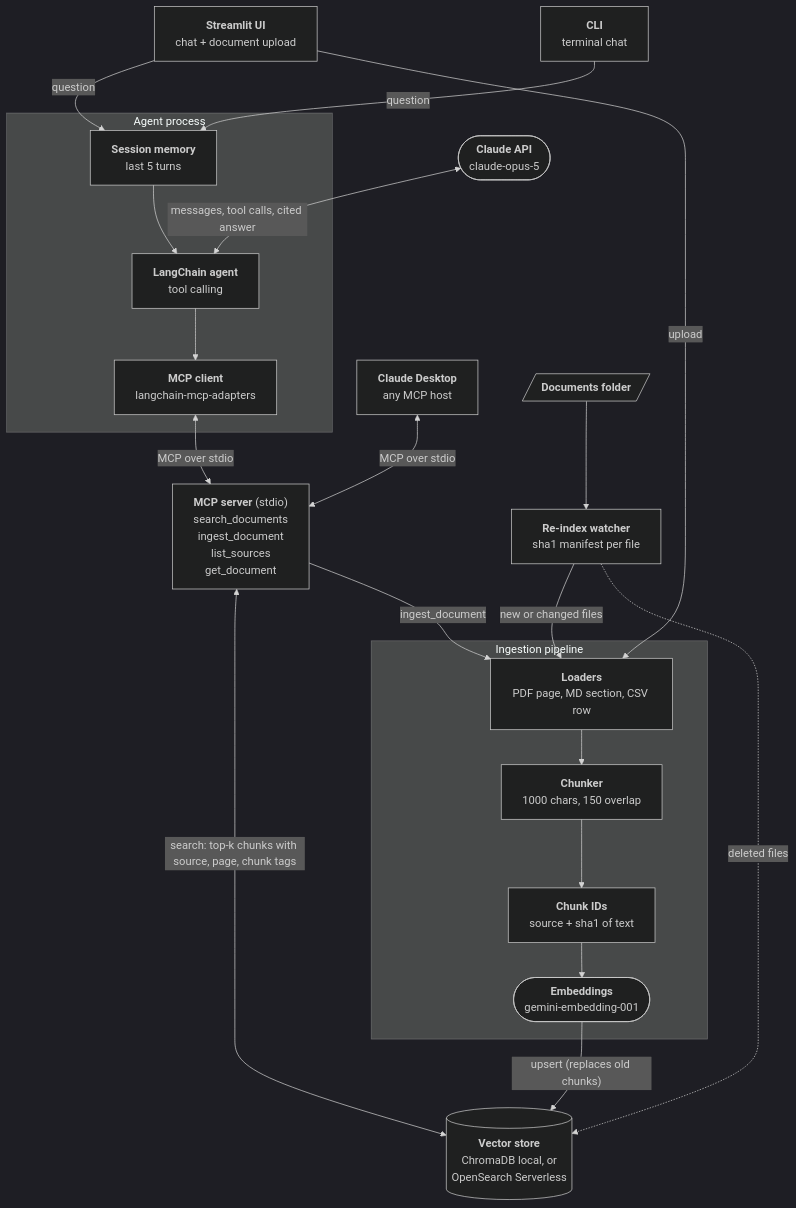
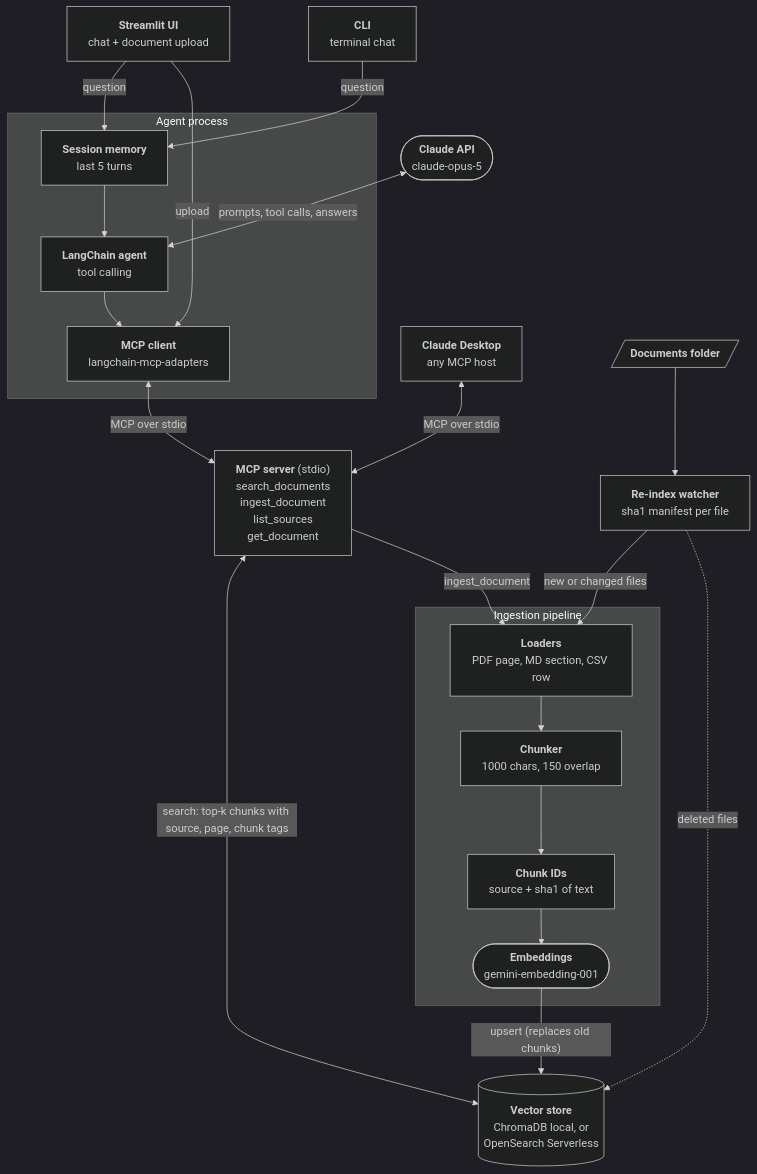
The diagram in README.md (Majody21/rag-agent-system), drawn with Mermaid (dark theme) before and after one commit. The commit also changed other lines of this file and 20 other files, not shown here.

````diff
--- a/README.md
+++ b/README.md
@@ -43,61 +43,61 @@
 ```mermaid
 flowchart TB
     UI["`**Streamlit UI**
     chat + document upload`"]
     CLI["`**CLI**
     terminal chat`"]
     CD["`**Claude Desktop**
     any MCP host`"]
 
     subgraph AGENT["Agent process"]
         SES["`**Session memory**
         last 5 turns`"]
         AG["`**LangChain agent**
         tool calling`"]
         MCPC["`**MCP client**
         langchain-mcp-adapters`"]
     end
 
     LLM(["`**Claude API**
     claude-opus-5`"])
 
     MCPS["`**MCP server** (stdio)
     search_documents
     ingest_document
     list_sources
     get_document`"]
 
     subgraph INGEST["Ingestion pipeline"]
         LD["`**Loaders**
         PDF page, MD section, CSV row`"]
         CH["`**Chunker**
         1000 chars, 150 overlap`"]
         HID["`**Chunk IDs**
         source + sha1 of text`"]
         EMB(["`**Embeddings**
         gemini-embedding-001`"])
     end
 
     DOCS[/"`**Documents folder**`"/]
     RW["`**Re-index watcher**
     sha1 manifest per file`"]
 
     VS[("`**Vector store**
     ChromaDB local, or
     OpenSearch Serverless`")]
 
     UI -- question --> SES
     CLI -- question --> SES
     SES --> AG
-    LLM <-- "messages, tool calls, cited answer" --> AG
+    LLM <-- "prompts, tool calls, answers" --> AG
     AG --> MCPC
     MCPC <-- "MCP over stdio" --> MCPS
     CD <-- "MCP over stdio" --> MCPS
     MCPS <-- "search: top-k chunks with source, page, chunk tags" --> VS
     MCPS -- ingest_document --> LD
-    UI -- upload --> LD
+    UI -- upload --> MCPC
     DOCS --> RW
     RW -- "new or changed files" --> LD
     RW -. "deleted files" .-> VS
     LD --> CH --> HID --> EMB -- "upsert (replaces old chunks)" --> VS
 ```
````
